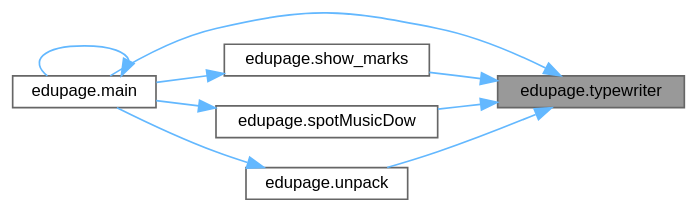
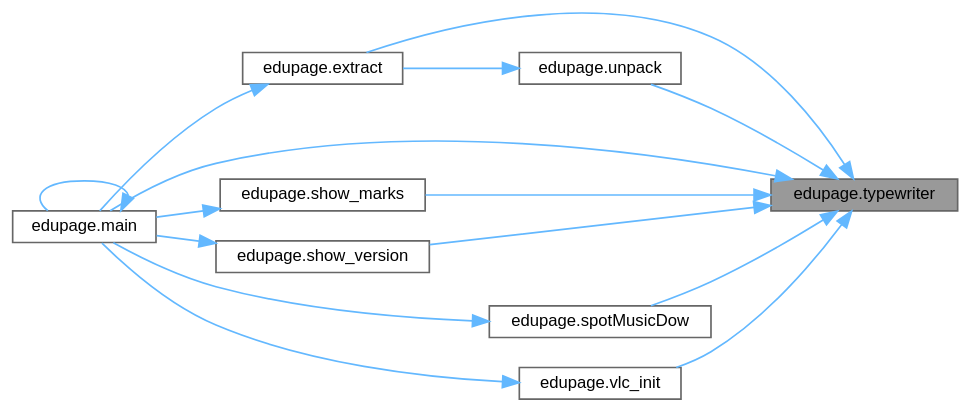
The diagram in d0/d52/namespaceedupage_a7faa24d24074c579901eff9ea313b508_icgraph.dot (GrenManSK/ZnamE), drawn with Graphviz before and after one commit. The commit also changed 483 other files, not shown here.

```diff
--- a/d0/d52/namespaceedupage_a7faa24d24074c579901eff9ea313b508_icgraph.dot
+++ b/d0/d52/namespaceedupage_a7faa24d24074c579901eff9ea313b508_icgraph.dot
@@ -1,21 +1,30 @@
 digraph "edupage.typewriter"
 {
  // LATEX_PDF_SIZE
   bgcolor="transparent";
   edge [fontname=Helvetica,fontsize=10,labelfontname=Helvetica,labelfontsize=10];
   node [fontname=Helvetica,fontsize=10,shape=box,height=0.2,width=0.4];
   rankdir="RL";
   Node1 [label="edupage.typewriter",height=0.2,width=0.4,color="gray40", fillcolor="grey60", style="filled", fontcolor="black",tooltip=" "];
   Node1 -> Node2 [dir="back",color="steelblue1",style="solid"];
-  Node2 [label="edupage.main",height=0.2,width=0.4,color="grey40", fillcolor="white", style="filled",URL="$d0/d52/namespaceedupage.html#a119d208fce33ca55d6b605c22dbcd534",tooltip=" "];
-  Node2 -> Node2 [dir="back",color="steelblue1",style="solid"];
+  Node2 [label="edupage.extract",height=0.2,width=0.4,color="grey40", fillcolor="white", style="filled",URL="$d0/d52/namespaceedupage.html#a293d892915acc25b924a8a1250cbade8",tooltip=" "];
+  Node2 -> Node3 [dir="back",color="steelblue1",style="solid"];
+  Node3 [label="edupage.main",height=0.2,width=0.4,color="grey40", fillcolor="white", style="filled",URL="$d0/d52/namespaceedupage.html#a119d208fce33ca55d6b605c22dbcd534",tooltip=" "];
+  Node3 -> Node3 [dir="back",color="steelblue1",style="solid"];
   Node1 -> Node3 [dir="back",color="steelblue1",style="solid"];
-  Node3 [label="edupage.show_marks",height=0.2,width=0.4,color="grey40", fillcolor="white", style="filled",URL="$d0/d52/namespaceedupage.html#a12e03073ead2aa68c686d435b8b1e3b8",tooltip=" "];
-  Node3 -> Node2 [dir="back",color="steelblue1",style="solid"];
   Node1 -> Node4 [dir="back",color="steelblue1",style="solid"];
-  Node4 [label="edupage.spotMusicDow",height=0.2,width=0.4,color="grey40", fillcolor="white", style="filled",URL="$d0/d52/namespaceedupage.html#a454714ea6e0c4835b3d5d99f545c37e8",tooltip=" "];
-  Node4 -> Node2 [dir="back",color="steelblue1",style="solid"];
+  Node4 [label="edupage.show_marks",height=0.2,width=0.4,color="grey40", fillcolor="white", style="filled",URL="$d0/d52/namespaceedupage.html#a12e03073ead2aa68c686d435b8b1e3b8",tooltip=" "];
+  Node4 -> Node3 [dir="back",color="steelblue1",style="solid"];
   Node1 -> Node5 [dir="back",color="steelblue1",style="solid"];
-  Node5 [label="edupage.unpack",height=0.2,width=0.4,color="grey40", fillcolor="white", style="filled",URL="$d0/d52/namespaceedupage.html#a17d25ec04c8180522deae8449911dcb6",tooltip=" "];
-  Node5 -> Node2 [dir="back",color="steelblue1",style="solid"];
+  Node5 [label="edupage.show_version",height=0.2,width=0.4,color="grey40", fillcolor="white", style="filled",URL="$d0/d52/namespaceedupage.html#a706e5d95945f9be1581343427d94cab3",tooltip=" "];
+  Node5 -> Node3 [dir="back",color="steelblue1",style="solid"];
+  Node1 -> Node6 [dir="back",color="steelblue1",style="solid"];
+  Node6 [label="edupage.spotMusicDow",height=0.2,width=0.4,color="grey40", fillcolor="white", style="filled",URL="$d0/d52/namespaceedupage.html#a454714ea6e0c4835b3d5d99f545c37e8",tooltip=" "];
+  Node6 -> Node3 [dir="back",color="steelblue1",style="solid"];
+  Node1 -> Node7 [dir="back",color="steelblue1",style="solid"];
+  Node7 [label="edupage.unpack",height=0.2,width=0.4,color="grey40", fillcolor="white", style="filled",URL="$d0/d52/namespaceedupage.html#a17d25ec04c8180522deae8449911dcb6",tooltip=" "];
+  Node7 -> Node2 [dir="back",color="steelblue1",style="solid"];
+  Node1 -> Node8 [dir="back",color="steelblue1",style="solid"];
+  Node8 [label="edupage.vlc_init",height=0.2,width=0.4,color="grey40", fillcolor="white", style="filled",URL="$d0/d52/namespaceedupage.html#a9f3e602dd8410da6eab7cf9b0758c6f8",tooltip=" "];
+  Node8 -> Node3 [dir="back",color="steelblue1",style="solid"];
 }
```
